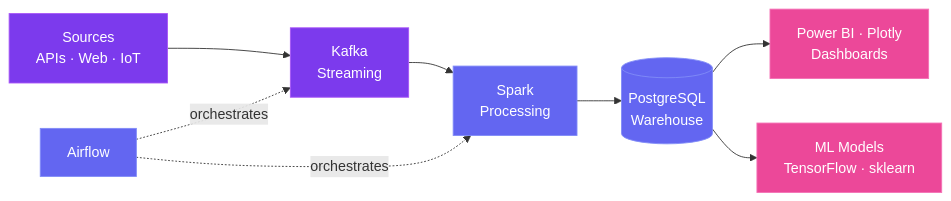
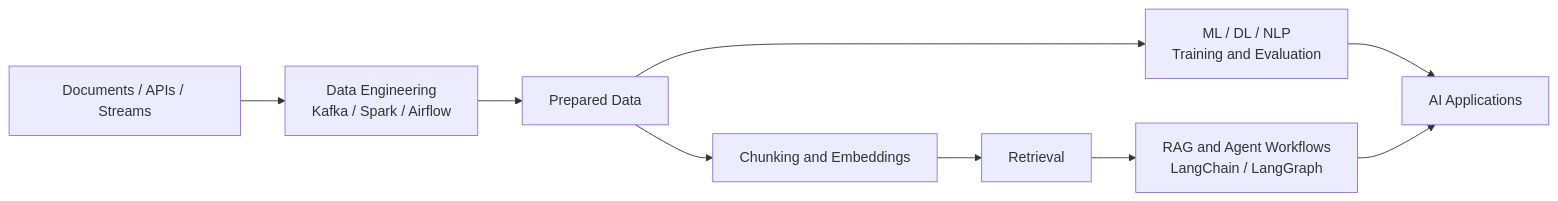
One commit to BaidaneAyoub/baidaneayoub changed the diagram in README.md. Above: the diagram before and after it, drawn with Mermaid. The commit also changed other lines of this file, not shown here.

First line of the commit message:
Focus profile on AI Engineering, ML, DL, NLP, RAG and LangChain/LangGraph

````diff
--- a/README.md
+++ b/README.md
@@ -30,17 +32,11 @@
 ```mermaid
 flowchart LR
-    A[Sources<br/>APIs · Web · IoT] --> B[Kafka<br/>Streaming]
-    B --> C[Spark<br/>Processing]
-    C --> D[(PostgreSQL<br/>Warehouse)]
-    D --> E[Power BI · Plotly<br/>Dashboards]
-    D --> F[ML Models<br/>TensorFlow · sklearn]
-    G[Airflow] -. orchestrates .-> B
-    G -. orchestrates .-> C
-
-    classDef purple fill:#7c3aed,stroke:#a855f7,color:#fff
-    classDef indigo fill:#6366f1,stroke:#818cf8,color:#fff
-    classDef pink fill:#ec4899,stroke:#f472b6,color:#fff
-    class A,B purple
-    class C,D,G indigo
-    class E,F pink
+    A["Documents / APIs / Streams"] --> B["Data Engineering<br/>Kafka / Spark / Airflow"]
+    B --> C["Prepared Data"]
+    C --> D["ML / DL / NLP<br/>Training and Evaluation"]
+    C --> E["Chunking and Embeddings"]
+    E --> F["Retrieval"]
+    F --> G["RAG and Agent Workflows<br/>LangChain / LangGraph"]
+    D --> H["AI Applications"]
+    G --> H
 ```
````
